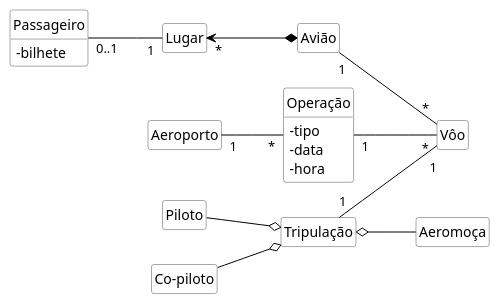
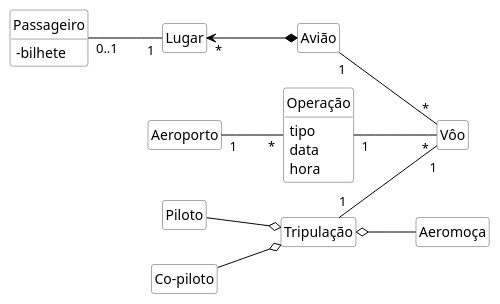
The diagram in imagens/modelos-05/mod05ima03/mod05ima03.plantuml (kyriosdata/oo), drawn with PlantUML before and after one commit. The commit also changed 2 other files, not shown here.

```diff
--- a/imagens/modelos-05/mod05ima03/mod05ima03.plantuml
+++ b/imagens/modelos-05/mod05ima03/mod05ima03.plantuml
@@ -1,39 +1,39 @@
 @startuml mod05ima03
 hide circle
 hide methods
 hide empty members
 
 skinparam class {
     BackgroundColor White
     ArrowColor Black
     BorderColor #505050
 }
 allow_mixing
 skinparam classAttributeIconSize 0
 class "Passageiro" as pa
 pa : -bilhete
 class "Lugar" as lu
 class "Avião" as av
 class "Aeroporto" as ae 
 class "Operação" as op
-op : -tipo 
-op : -data 
-op : -hora
+op : tipo 
+op : data 
+op : hora
 class "Vôo" as vo
 class "Piloto" as pi
 class "Tripulação" as tr
 class "Aeromoça" as aa
 class "Co-piloto" as co
 left to right direction
 
 pa "0..1"--"1" lu
 lu "*"<--* av
 av "1"--"*" vo 
 ae "1"--"*" op 
 op "1"--"*" vo
 pi --o tr
 tr "1"--"1" vo
 tr o-- aa
 co --o tr
 
 @enduml
```
